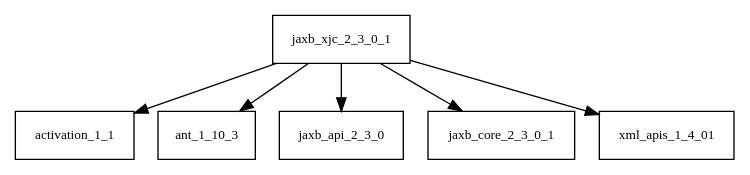
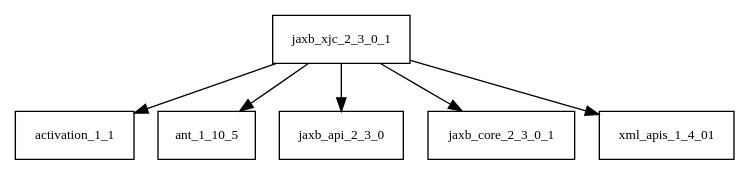
The diagram in tattleTaleReport/graphviz/jaxb-xjc-2.3.0.1.jar/jaxb-xjc-2.3.0.1.jar.dot (sjvs/cia), drawn with Graphviz before and after one commit. The commit also changed 2737 other files, not shown here.

```diff
--- a/tattleTaleReport/graphviz/jaxb-xjc-2.3.0.1.jar/jaxb-xjc-2.3.0.1.jar.dot
+++ b/tattleTaleReport/graphviz/jaxb-xjc-2.3.0.1.jar/jaxb-xjc-2.3.0.1.jar.dot
@@ -1,8 +1,8 @@
 digraph jaxb_xjc_2_3_0_1_dependencies {
   node [shape = box, fontsize=10.0];
   jaxb_xjc_2_3_0_1 -> activation_1_1;
-  jaxb_xjc_2_3_0_1 -> ant_1_10_3;
+  jaxb_xjc_2_3_0_1 -> ant_1_10_5;
   jaxb_xjc_2_3_0_1 -> jaxb_api_2_3_0;
   jaxb_xjc_2_3_0_1 -> jaxb_core_2_3_0_1;
   jaxb_xjc_2_3_0_1 -> xml_apis_1_4_01;
 }
```
